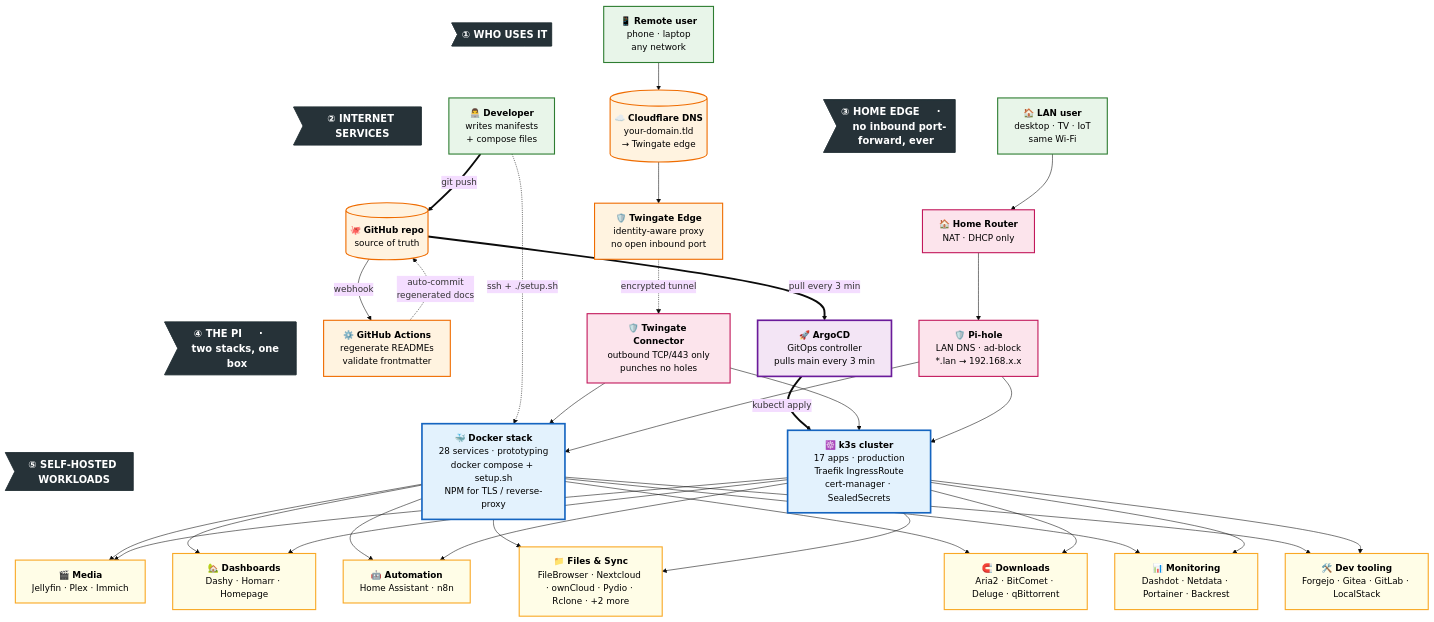
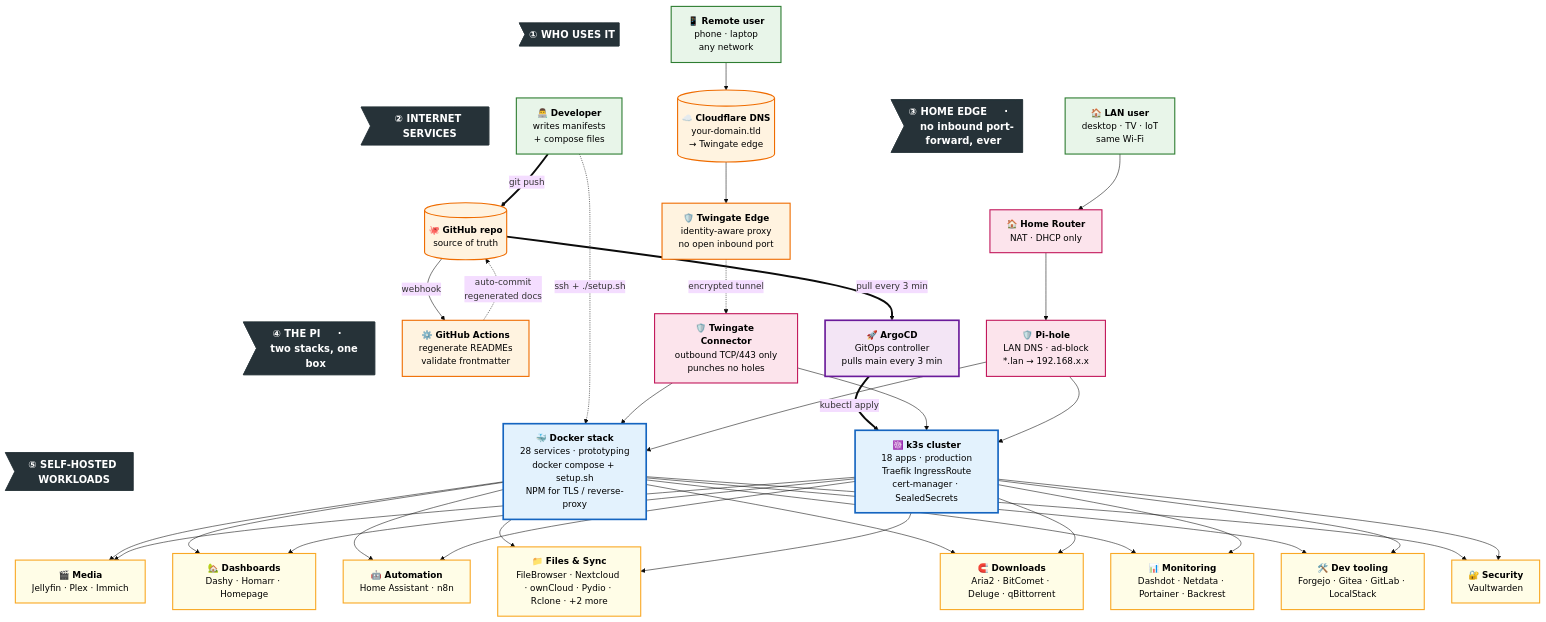
The diagram in README.md (Thre4dripper/Home-Server-Lab), drawn with Mermaid (base theme) before and after one commit. The commit also changed other lines of this file and 10 other files, not shown here.

First line of the commit message:
feat: add Vaultwarden password manager to the k3s stack

````diff
--- a/README.md
+++ b/README.md
@@ -98,7 +98,7 @@
     %% ─── TIER 4 · the Pi ────────────────────────────────────────────────
     Docker[🐳 <b>Docker stack</b><br/>28 services · prototyping<br/>docker compose + setup.sh<br/>NPM for TLS / reverse-proxy]
     Argo[🚀 <b>ArgoCD</b><br/>GitOps controller<br/>pulls main every 3 min]
-    K3s[☸️ <b>k3s cluster</b><br/>17 apps · production<br/>Traefik IngressRoute<br/>cert-manager · SealedSecrets]
+    K3s[☸️ <b>k3s cluster</b><br/>18 apps · production<br/>Traefik IngressRoute<br/>cert-manager · SealedSecrets]
 
 
     %% ─── TIER 5 · self-hosted workloads (auto-generated) ────────────────
@@ -109,6 +109,7 @@
     W5[🧲 <b>Downloads</b><br/>Aria2 · BitComet · Deluge · qBittorrent]
     W6[📊 <b>Monitoring</b><br/>Dashdot · Netdata · Portainer · Backrest]
     W7[🛠️ <b>Dev tooling</b><br/>Forgejo · Gitea · GitLab · LocalStack]
+    W8[🔐 <b>Security</b><br/>Vaultwarden]
 
     %% ─── HEADER ANCHORS (invisible) ─────────────────────────────────────
     H1 ~~~ Dev
@@ -139,8 +140,8 @@
     Pihole --> K3s
 
     %% ─── FLOWS · stacks → workloads ─────────────────────────────────────
-    Docker --> W1 & W2 & W3 & W4 & W5 & W6 & W7
-    K3s    --> W1 & W2 & W3 & W4 & W5 & W6 & W7
+    Docker --> W1 & W2 & W3 & W4 & W5 & W6 & W7 & W8
+    K3s    --> W1 & W2 & W3 & W4 & W5 & W6 & W7 & W8
 
     %% ─── STYLES ─────────────────────────────────────────────────────────
     classDef header   fill:#263238,stroke:#263238,color:#ffffff,font-size:18px,font-weight:bold
@@ -157,5 +158,5 @@
     class Router,TGConn,Pihole edge
     class Docker,K3s stack
     class Argo gitops
-    class W1,W2,W3,W4,W5,W6,W7 workload
+    class W1,W2,W3,W4,W5,W6,W7,W8 workload
 ```
````
